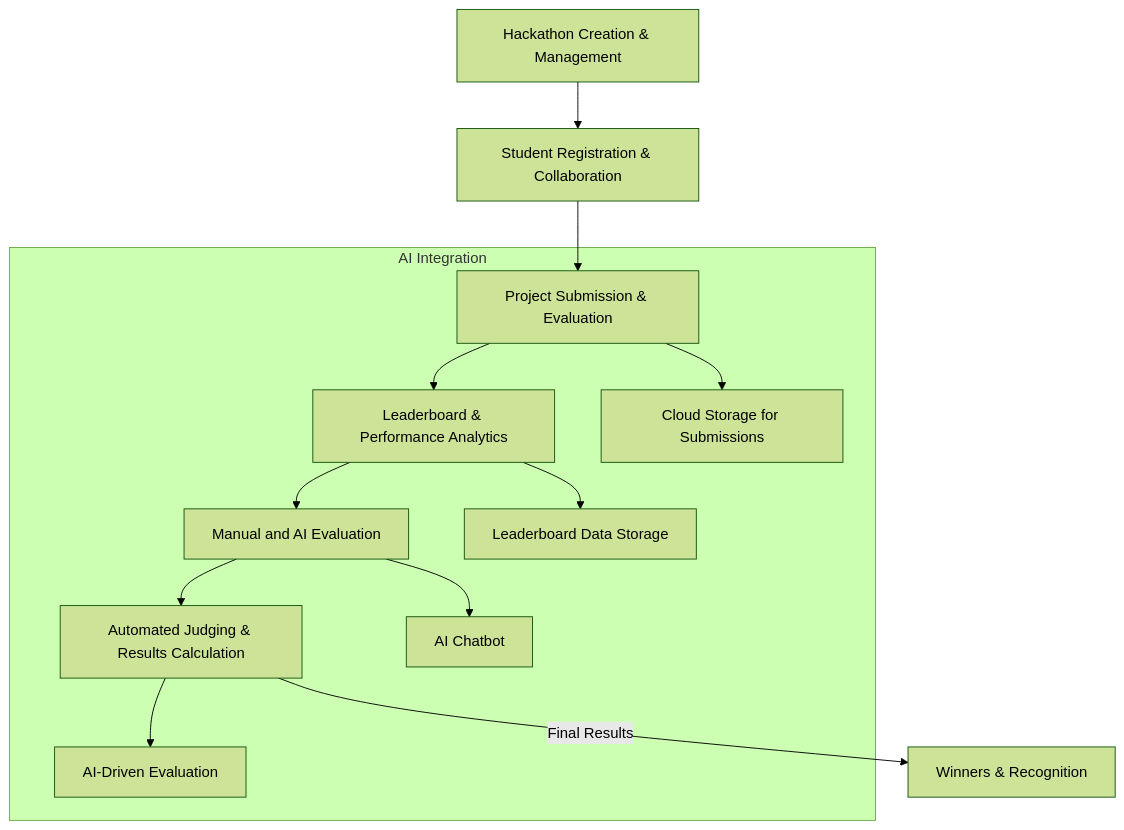
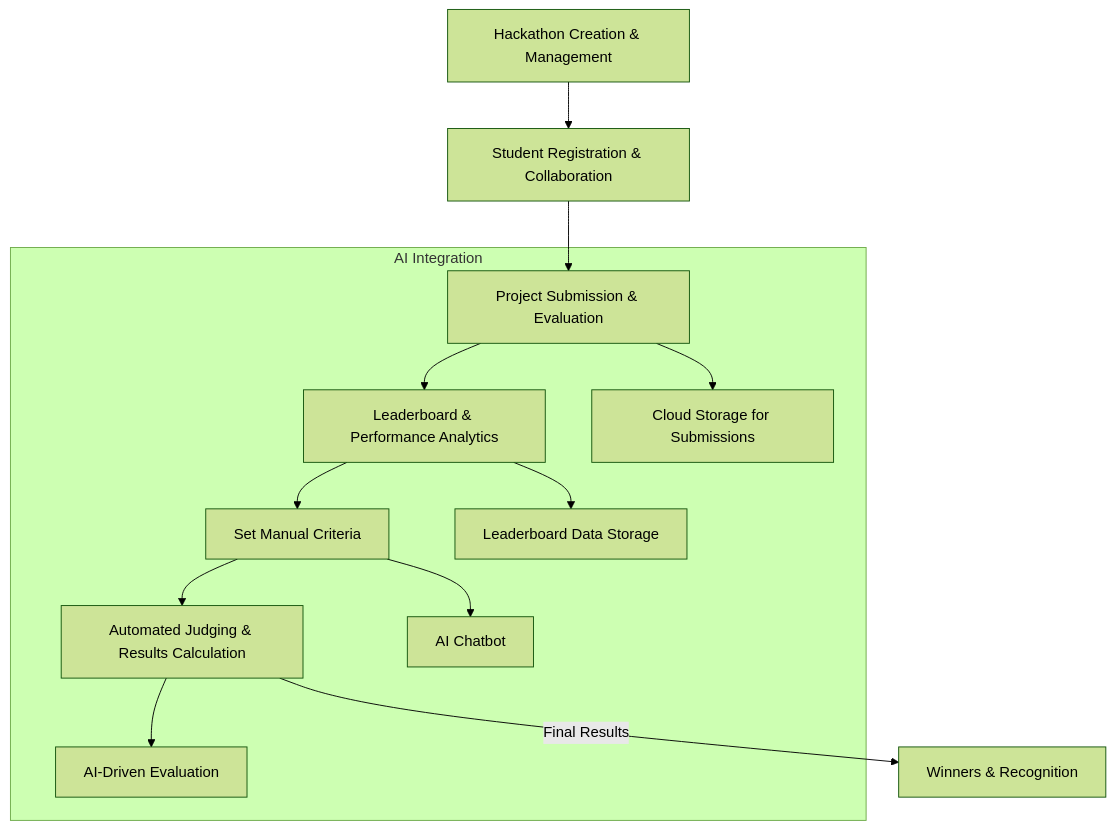
The first of 2 diagrams in README.md (Yasharya007/Hackalyze), drawn with Mermaid (forest theme) before and after one commit.

````diff
--- a/README.md
+++ b/README.md
@@ -13,16 +13,16 @@
 ```mermaid
 graph TD;
     A[Hackathon Creation & Management] --> B[Student Registration & Collaboration]
     B --> C[Project Submission & Evaluation]
     C --> D[Leaderboard & Performance Analytics]
-    D --> E[Manual and AI Evaluation]
+    D --> E[Set Manual Criteria]
     E --> F[Automated Judging & Results Calculation]
     F -->|Final Results| G[Winners & Recognition]
     
     subgraph AI  Integration
       E --> AI[AI Chatbot]
       F --> ML[AI-Driven Evaluation]
       C --> S3[Cloud Storage for Submissions]
       D --> DB[Leaderboard Data Storage]
     end
 ```
````
